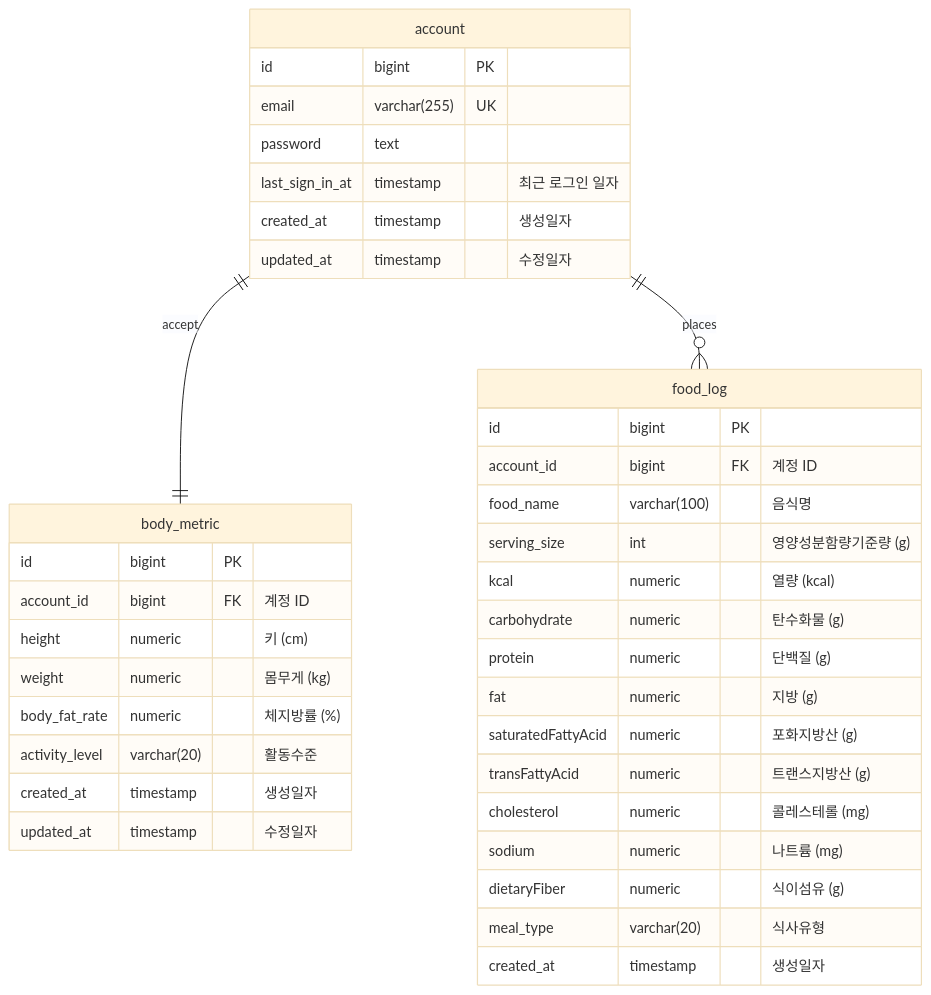
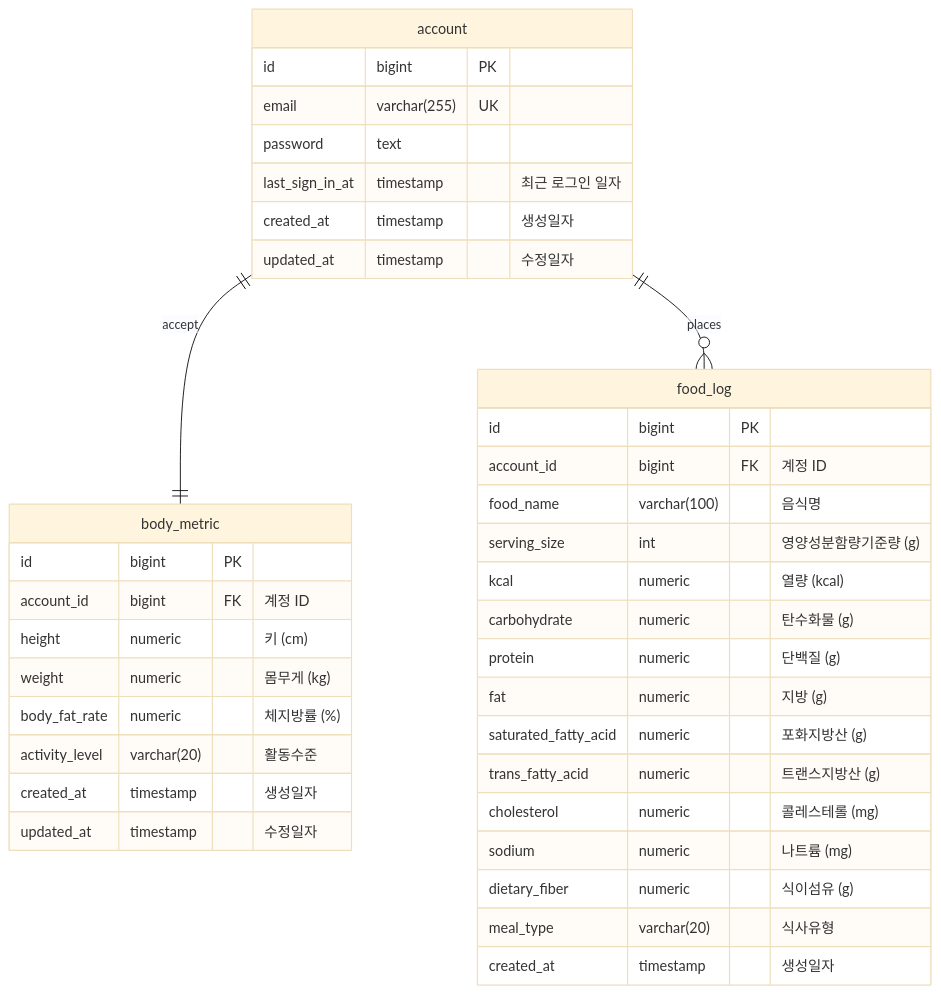
One commit to health-nutrition-tracker-org/health-nutrition-tracker-BE changed the diagram in README.md. Above: the diagram before and after it, drawn with Mermaid (base theme).

Commit message:
docs: README ERD 컬럼 포맷 수정

````diff
--- a/README.md
+++ b/README.md
@@ -97,43 +97,43 @@
 ```mermaid
 erDiagram
     account {
         id bigint PK
         email varchar(255) UK
         password text
         last_sign_in_at timestamp "최근 로그인 일자"
         created_at timestamp "생성일자"
         updated_at timestamp "수정일자"
     }
 
     body_metric {
         id bigint PK
         account_id bigint FK "계정 ID"
         height numeric "키 (cm)"
         weight numeric "몸무게 (kg)"
         body_fat_rate numeric "체지방률 (%)"
         activity_level varchar(20) "활동수준"
         created_at timestamp "생성일자"
         updated_at timestamp "수정일자"
     }
 
     food_log {
         id bigint PK
         account_id bigint FK "계정 ID"
         food_name varchar(100) "음식명"
         serving_size int "영양성분함량기준량 (g)"
         kcal numeric "열량 (kcal)"
         carbohydrate numeric "탄수화물 (g)"
         protein numeric "단백질 (g)"
         fat numeric "지방 (g)"
-        saturatedFattyAcid numeric "포화지방산 (g)"
-        transFattyAcid numeric "트랜스지방산 (g)"
+        saturated_fatty_acid numeric "포화지방산 (g)"
+        trans_fatty_acid numeric "트랜스지방산 (g)"
         cholesterol numeric "콜레스테롤 (mg)"
         sodium numeric "나트륨 (mg)"
-        dietaryFiber numeric "식이섬유 (g)"
+        dietary_fiber numeric "식이섬유 (g)"
         meal_type varchar(20) "식사유형"
         created_at timestamp "생성일자"
     }
 
     account ||--|| body_metric: accept
     account ||--o{ food_log: places
 ```
````
